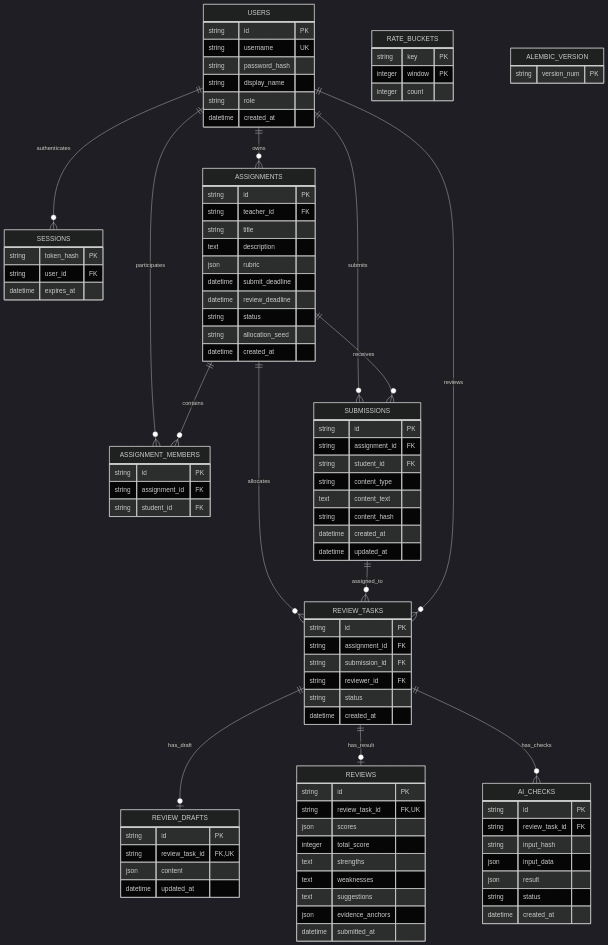
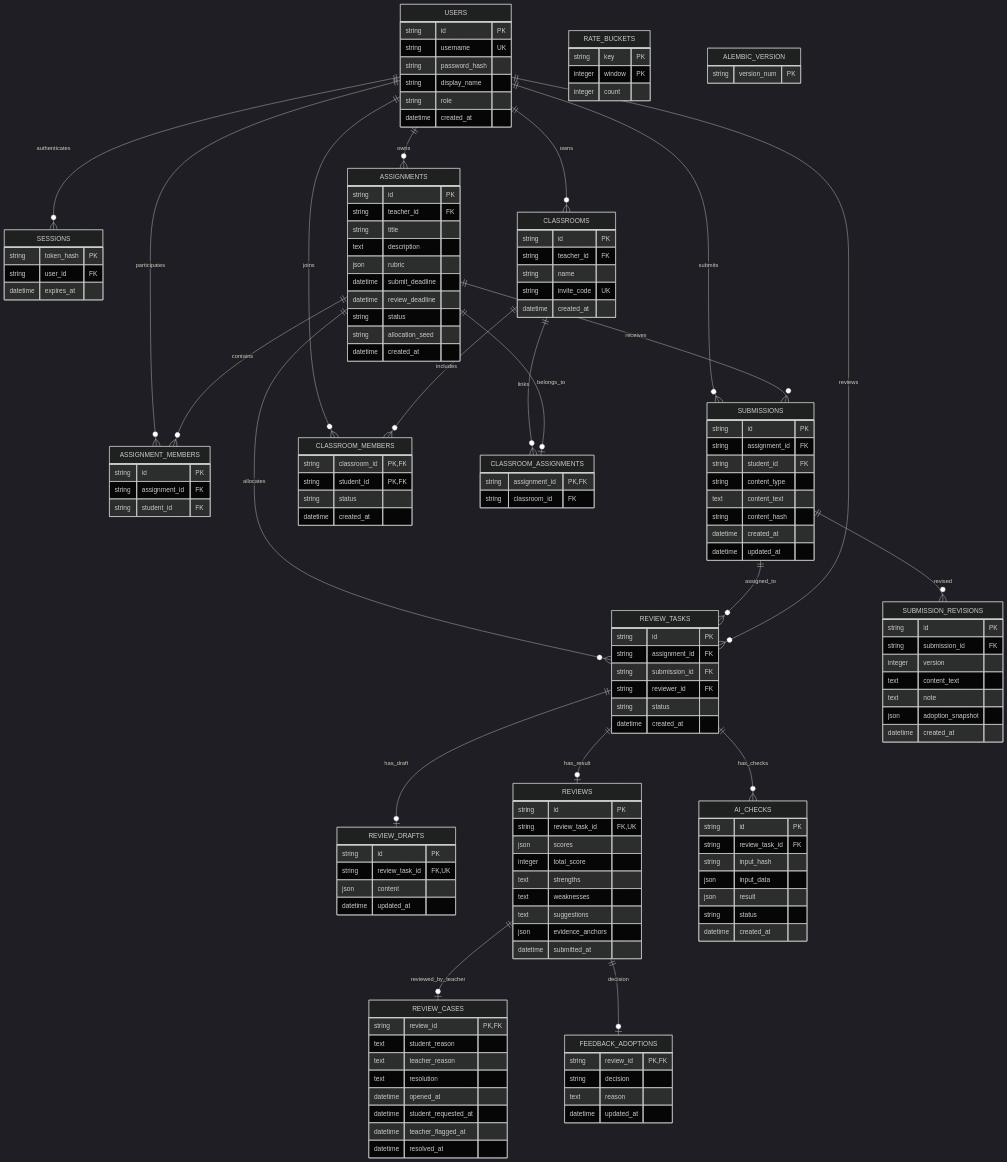
Before and after one commit to ikun-kunn/peergrade: the third of 3 diagrams in peergrade/docs/technical-design.md, drawn with Mermaid (dark theme). The commit also changed other lines of this file and 75 other files, not shown here.

````diff
--- a/peergrade/docs/technical-design.md
+++ b/peergrade/docs/technical-design.md
@@ -73,6 +73,14 @@
     REVIEW_TASKS ||--o| REVIEW_DRAFTS : has_draft
     REVIEW_TASKS ||--o| REVIEWS : has_result
     REVIEW_TASKS ||--o{ AI_CHECKS : has_checks
+    USERS ||--o{ CLASSROOMS : owns
+    USERS ||--o{ CLASSROOM_MEMBERS : joins
+    CLASSROOMS ||--o{ CLASSROOM_MEMBERS : includes
+    CLASSROOMS ||--o{ CLASSROOM_ASSIGNMENTS : links
+    ASSIGNMENTS ||--o| CLASSROOM_ASSIGNMENTS : belongs_to
+    REVIEWS ||--o| REVIEW_CASES : reviewed_by_teacher
+    REVIEWS ||--o| FEEDBACK_ADOPTIONS : decision
+    SUBMISSIONS ||--o{ SUBMISSION_REVISIONS : revised
 
     USERS {
         string id PK
@@ -156,4 +164,46 @@
     ALEMBIC_VERSION {
         string version_num PK
     }
+    CLASSROOMS {
+        string id PK
+        string teacher_id FK
+        string name
+        string invite_code UK
+        datetime created_at
+    }
+    CLASSROOM_MEMBERS {
+        string classroom_id PK, FK
+        string student_id PK, FK
+        string status
+        datetime created_at
+    }
+    CLASSROOM_ASSIGNMENTS {
+        string assignment_id PK, FK
+        string classroom_id FK
+    }
+    REVIEW_CASES {
+        string review_id PK, FK
+        text student_reason
+        text teacher_reason
+        text resolution
+        datetime opened_at
+        datetime student_requested_at
+        datetime teacher_flagged_at
+        datetime resolved_at
+    }
+    FEEDBACK_ADOPTIONS {
+        string review_id PK, FK
+        string decision
+        text reason
+        datetime updated_at
+    }
+    SUBMISSION_REVISIONS {
+        string id PK
+        string submission_id FK
+        integer version
+        text content_text
+        text note
+        json adoption_snapshot
+        datetime created_at
+    }
 ```
````
